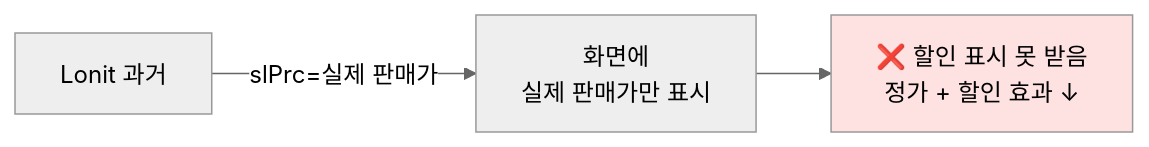
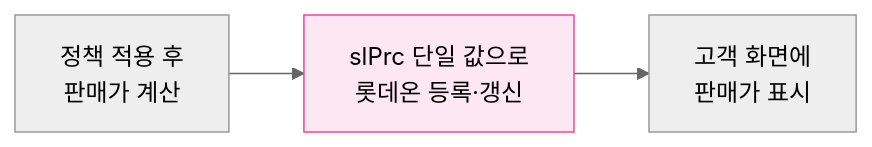
Before and after one commit to cksdud5785-design/lonit-manual: the third of 7 diagrams in docs/04-market-strategy/lotteon.md, drawn with Mermaid (neutral theme). The commit also changed other lines of this file and 13 other files, not shown here.

````diff
--- a/docs/04-market-strategy/lotteon.md
+++ b/docs/04-market-strategy/lotteon.md
@@ -58,7 +56,7 @@
 ```mermaid
 flowchart LR
-    Lonit_old[Lonit 과거] -->|slPrc=실제 판매가| Display[화면에<br>실제 판매가만 표시]
-    Display --> Bad[❌ 할인 표시 못 받음<br>정가 + 할인 효과 ↓]
+    Calc[정책 적용 후<br>판매가 계산] --> Send[slPrc 단일 값으로<br>롯데온 등록·갱신]
+    Send --> Display[고객 화면에<br>판매가 표시]
     
-    style Bad fill:#fee2e2
+    style Send fill:#fce7f3,stroke:#ec4899
 ```
````
